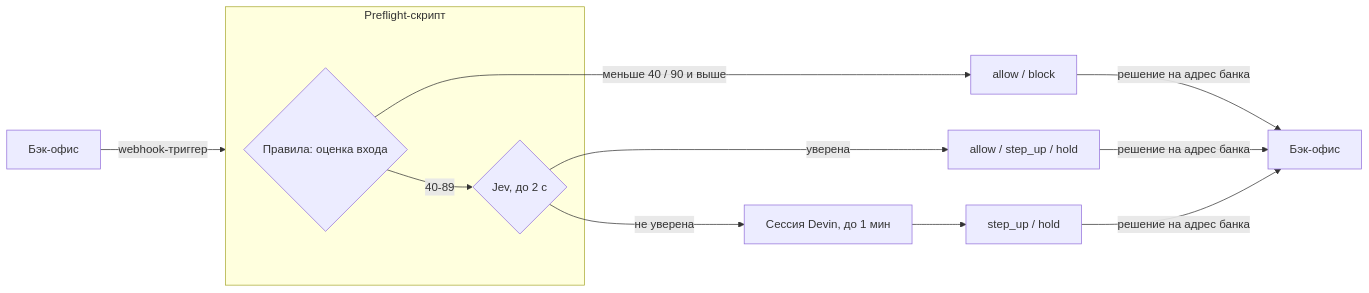
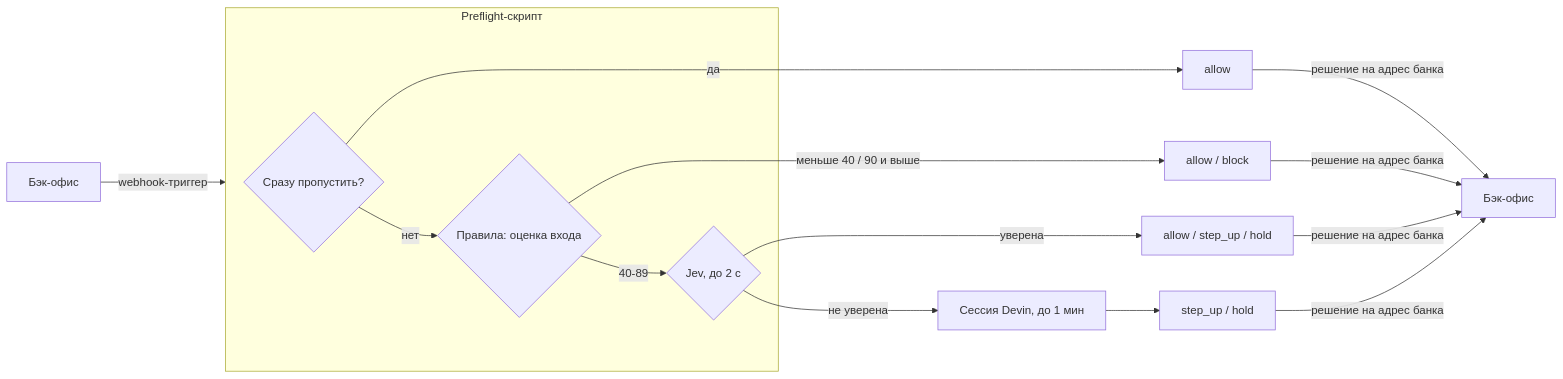
One commit to hackaton201126/nightwatch changed the diagram in docs/plan.md. Above: the diagram before and after it, drawn with Mermaid. The commit also changed other lines of this file and 1 other file, not shown here.

Commit message:
docs: let small, own-account, known-beneficiary and standing-order transfers through before the rules

````diff
--- a/docs/plan.md
+++ b/docs/plan.md
@@ -15,12 +15,14 @@
 ```mermaid
 flowchart LR
   bank[Бэк-офис] -->|webhook-триггер| pre
   subgraph pre[Preflight-скрипт]
-    rules{Правила: оценка входа} -->|40-89| jev{Jev, до 2 с}
+    fast{Сразу пропустить?} -->|нет| rules{Правила: оценка входа}
+    rules -->|40-89| jev{Jev, до 2 с}
   end
+  fast -->|да| dfast[allow]
   rules -->|меньше 40 / 90 и выше| d0[allow / block]
   jev -->|уверена| d1[allow / step_up / hold]
   jev -->|не уверена| devin[Сессия Devin, до 1 мин]
   devin --> d2[step_up / hold]
-  d0 & d1 & d2 -->|решение на адрес банка| out[Бэк-офис]
+  dfast & d0 & d1 & d2 -->|решение на адрес банка| out[Бэк-офис]
 ```
````
